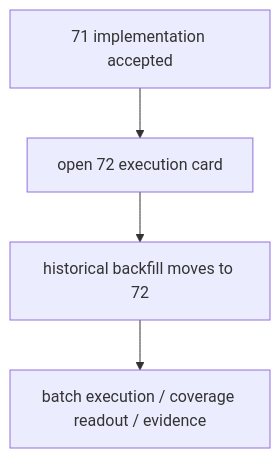
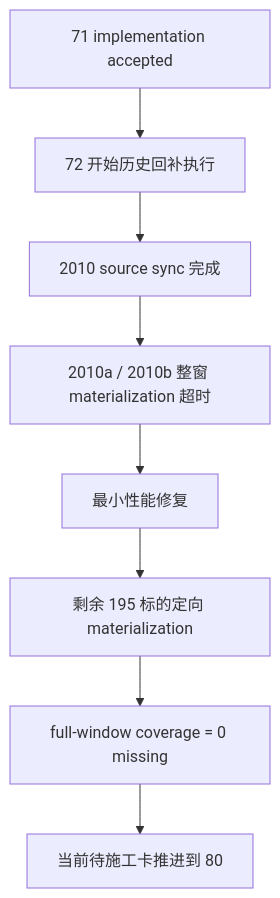
One commit to everything-is-simple/lifespan-0.01 changed the diagram in docs/03-execution/72-historical-objective-profile-backfill-execution-conclusion-20260415.md. Above: the diagram before and after it, drawn with Mermaid. The commit also changed other lines of this file and 9 other files, not shown here.

````diff
--- a/docs/03-execution/72-historical-objective-profile-backfill-execution-conclusion-20260415.md
+++ b/docs/03-execution/72-historical-objective-profile-backfill-execution-conclusion-20260415.md
@@ -34,6 +38,10 @@
 ```mermaid
 flowchart TD
-    A["71 implementation accepted"] --> B["open 72 execution card"]
-    B --> C["historical backfill moves to 72"]
-    C --> D["batch execution / coverage readout / evidence"]
+    A["71 implementation accepted"] --> B["72 开始历史回补执行"]
+    B --> C["2010 source sync 完成"]
+    C --> D["2010a / 2010b 整窗 materialization 超时"]
+    D --> E["最小性能修复"]
+    E --> F["剩余 195 标的定向 materialization"]
+    F --> G["full-window coverage = 0 missing"]
+    G --> H["当前待施工卡推进到 80"]
 ```
````
